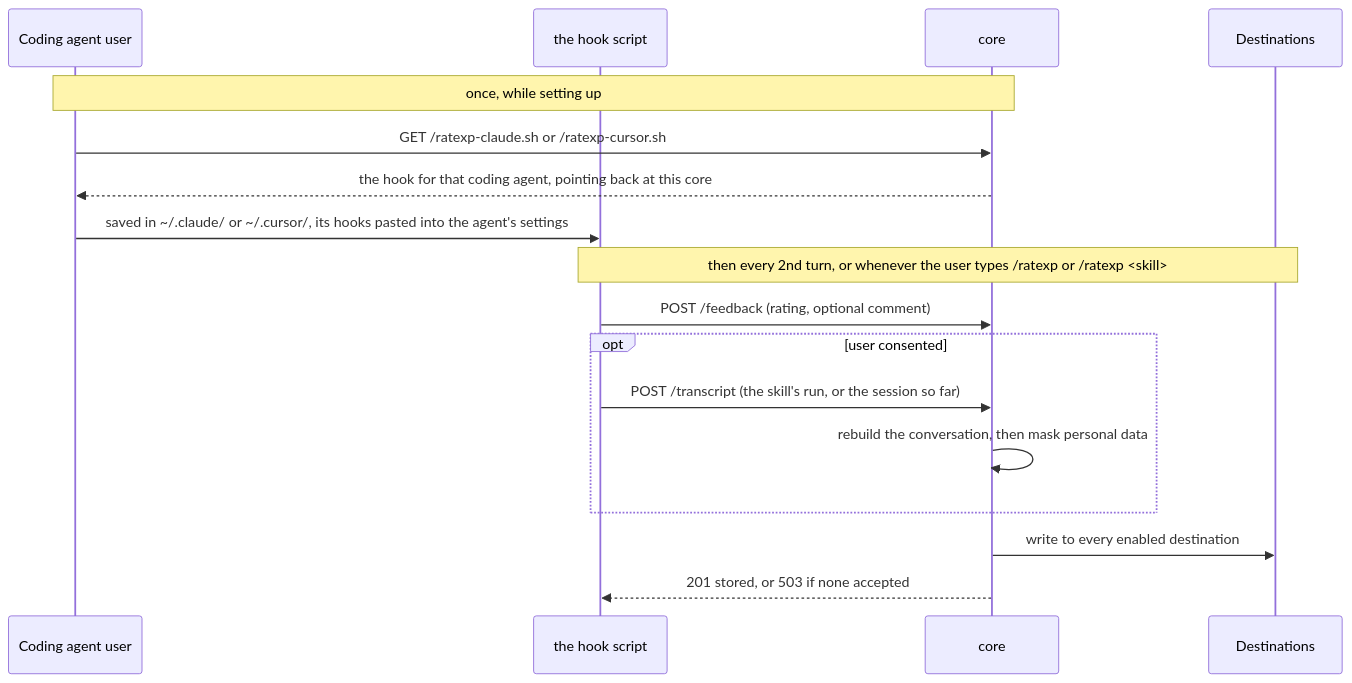
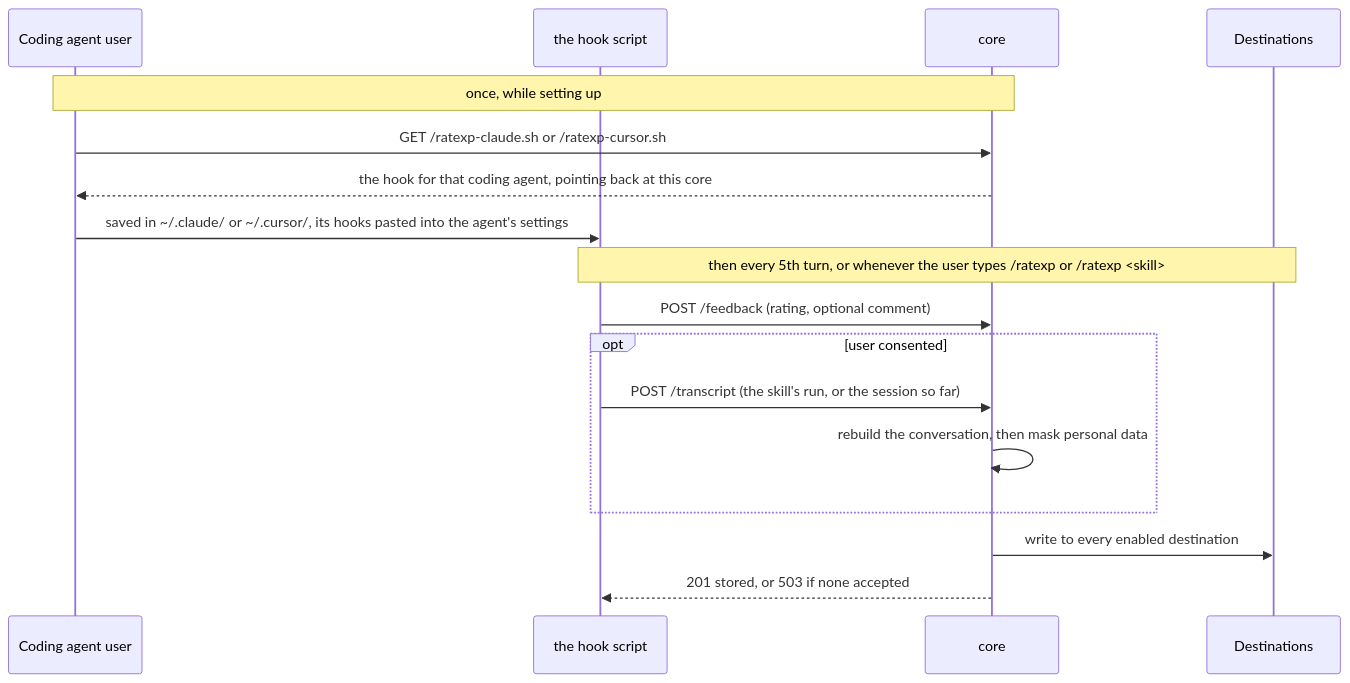
Before and after one commit to HikmetB1/RateXp: the diagram in README.md, drawn with Mermaid. The commit also changed other lines of this file and 6 other files, not shown here.

Commit message:
feat: ask about the whole session every 5th turn by default instead of every 2nd

````diff
--- a/README.md
+++ b/README.md
@@ -80,21 +80,21 @@
 ```mermaid
 sequenceDiagram
     participant A as Coding agent user
     participant H as the hook script
     participant C as core
     participant D as Destinations
 
     Note over A,C: once, while setting up
     A->>C: GET /ratexp-claude.sh or /ratexp-cursor.sh
     C-->>A: the hook for that coding agent, pointing back at this core
     A->>H: saved in ~/.claude/ or ~/.cursor/, its hooks pasted into the agent's settings
 
-    Note over H,D: then every 2nd turn, or whenever the user types /ratexp or /ratexp <skill>
+    Note over H,D: then every 5th turn, or whenever the user types /ratexp or /ratexp <skill>
     H->>C: POST /feedback (rating, optional comment)
     opt user consented
         H->>C: POST /transcript (the skill's run, or the session so far)
         C->>C: rebuild the conversation, then mask personal data
     end
     C->>D: write to every enabled destination
     C-->>H: 201 stored, or 503 if none accepted
 ```
````
